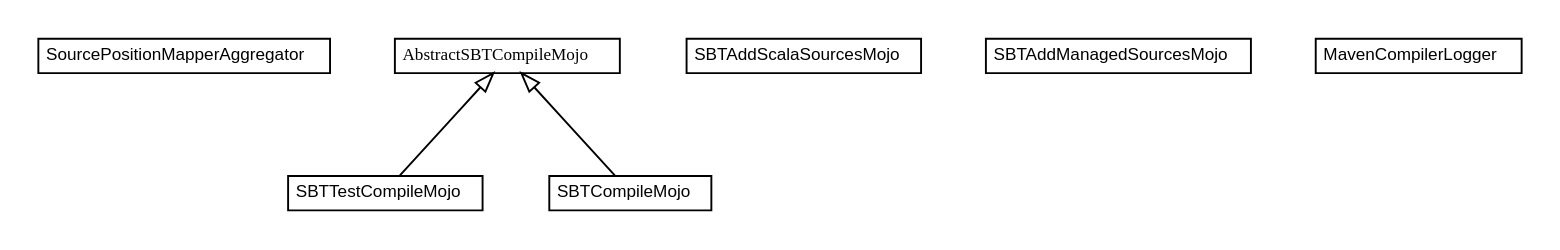
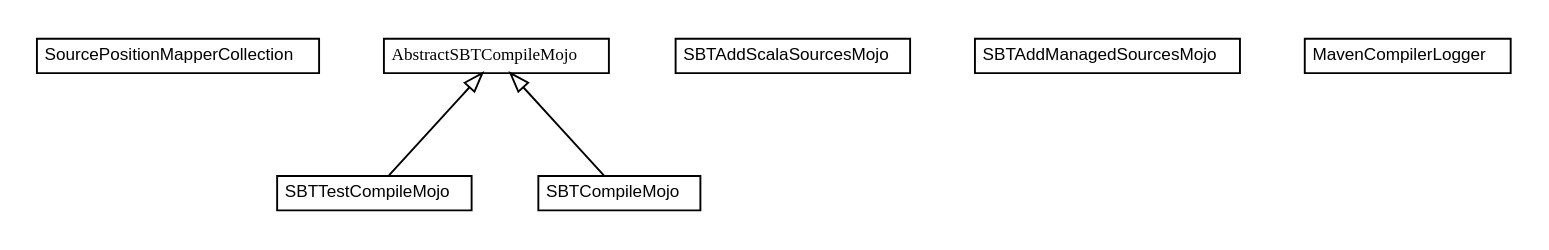
One commit to sbt-compiler-maven-plugin/sbt-compiler-maven-plugin.github.io changed the diagram in sbt-compiler-maven-plugin/1.0.0-beta9-SNAPSHOT/sbt-compiler-maven-plugin/apidocs/com/google/code/sbt/compiler/plugin/com.google.code.sbt.compiler.plugin.dot. Above: the diagram before and after it, drawn with Graphviz. The commit also changed 209 other files, not shown here.

```diff
--- a/sbt-compiler-maven-plugin/1.0.0-beta9-SNAPSHOT/sbt-compiler-maven-plugin/apidocs/com/google/code/sbt/compiler/plugin/com.google.code.sbt.compiler.plugin.dot
+++ b/sbt-compiler-maven-plugin/1.0.0-beta9-SNAPSHOT/sbt-compiler-maven-plugin/apidocs/com/google/code/sbt/compiler/plugin/com.google.code.sbt.compiler.plugin.dot
@@ -1,58 +1,58 @@
 #!/usr/local/bin/dot
 #
 # Class diagram 
 # Generated by UMLGraph version R5_6-24-gf6e263 (http://www.umlgraph.org/)
 #
 
 digraph G {
 	edge [fontname="arial",fontsize=10,labelfontname="arial",labelfontsize=10];
 	node [fontname="arial",fontsize=10,shape=plaintext];
 	nodesep=0.25;
 	ranksep=0.5;
-	// com.google.code.sbt.compiler.plugin.SourcePositionMapperAggregator
-	c0 [label=<<table title="com.google.code.sbt.compiler.plugin.SourcePositionMapperAggregator" border="0" cellborder="1" cellspacing="0" cellpadding="2" port="p" href="./SourcePositionMapperAggregator.html">
+	// com.google.code.sbt.compiler.plugin.SourcePositionMapperCollection
+	c0 [label=<<table title="com.google.code.sbt.compiler.plugin.SourcePositionMapperCollection" border="0" cellborder="1" cellspacing="0" cellpadding="2" port="p" href="./SourcePositionMapperCollection.html">
 		<tr><td><table border="0" cellspacing="0" cellpadding="1">
-<tr><td align="center" balign="center"> SourcePositionMapperAggregator </td></tr>
+<tr><td align="center" balign="center"> SourcePositionMapperCollection </td></tr>
 		</table></td></tr>
-		</table>>, URL="./SourcePositionMapperAggregator.html", fontname="arial", fontcolor="black", fontsize=9.0];
+		</table>>, URL="./SourcePositionMapperCollection.html", fontname="arial", fontcolor="black", fontsize=9.0];
 	// com.google.code.sbt.compiler.plugin.SBTTestCompileMojo
 	c1 [label=<<table title="com.google.code.sbt.compiler.plugin.SBTTestCompileMojo" border="0" cellborder="1" cellspacing="0" cellpadding="2" port="p" href="./SBTTestCompileMojo.html">
 		<tr><td><table border="0" cellspacing="0" cellpadding="1">
 <tr><td align="center" balign="center"> SBTTestCompileMojo </td></tr>
 		</table></td></tr>
 		</table>>, URL="./SBTTestCompileMojo.html", fontname="arial", fontcolor="black", fontsize=9.0];
 	// com.google.code.sbt.compiler.plugin.SBTCompileMojo
 	c2 [label=<<table title="com.google.code.sbt.compiler.plugin.SBTCompileMojo" border="0" cellborder="1" cellspacing="0" cellpadding="2" port="p" href="./SBTCompileMojo.html">
 		<tr><td><table border="0" cellspacing="0" cellpadding="1">
 <tr><td align="center" balign="center"> SBTCompileMojo </td></tr>
 		</table></td></tr>
 		</table>>, URL="./SBTCompileMojo.html", fontname="arial", fontcolor="black", fontsize=9.0];
 	// com.google.code.sbt.compiler.plugin.SBTAddScalaSourcesMojo
 	c3 [label=<<table title="com.google.code.sbt.compiler.plugin.SBTAddScalaSourcesMojo" border="0" cellborder="1" cellspacing="0" cellpadding="2" port="p" href="./SBTAddScalaSourcesMojo.html">
 		<tr><td><table border="0" cellspacing="0" cellpadding="1">
 <tr><td align="center" balign="center"> SBTAddScalaSourcesMojo </td></tr>
 		</table></td></tr>
 		</table>>, URL="./SBTAddScalaSourcesMojo.html", fontname="arial", fontcolor="black", fontsize=9.0];
 	// com.google.code.sbt.compiler.plugin.SBTAddManagedSourcesMojo
 	c4 [label=<<table title="com.google.code.sbt.compiler.plugin.SBTAddManagedSourcesMojo" border="0" cellborder="1" cellspacing="0" cellpadding="2" port="p" href="./SBTAddManagedSourcesMojo.html">
 		<tr><td><table border="0" cellspacing="0" cellpadding="1">
 <tr><td align="center" balign="center"> SBTAddManagedSourcesMojo </td></tr>
 		</table></td></tr>
 		</table>>, URL="./SBTAddManagedSourcesMojo.html", fontname="arial", fontcolor="black", fontsize=9.0];
 	// com.google.code.sbt.compiler.plugin.MavenCompilerLogger
 	c5 [label=<<table title="com.google.code.sbt.compiler.plugin.MavenCompilerLogger" border="0" cellborder="1" cellspacing="0" cellpadding="2" port="p" href="./MavenCompilerLogger.html">
 		<tr><td><table border="0" cellspacing="0" cellpadding="1">
 <tr><td align="center" balign="center"> MavenCompilerLogger </td></tr>
 		</table></td></tr>
 		</table>>, URL="./MavenCompilerLogger.html", fontname="arial", fontcolor="black", fontsize=9.0];
 	// com.google.code.sbt.compiler.plugin.AbstractSBTCompileMojo
 	c6 [label=<<table title="com.google.code.sbt.compiler.plugin.AbstractSBTCompileMojo" border="0" cellborder="1" cellspacing="0" cellpadding="2" port="p" href="./AbstractSBTCompileMojo.html">
 		<tr><td><table border="0" cellspacing="0" cellpadding="1">
 <tr><td align="center" balign="center"><font face="arial italic"> AbstractSBTCompileMojo </font></td></tr>
 		</table></td></tr>
 		</table>>, URL="./AbstractSBTCompileMojo.html", fontname="arial", fontcolor="black", fontsize=9.0];
 	//com.google.code.sbt.compiler.plugin.SBTTestCompileMojo extends com.google.code.sbt.compiler.plugin.AbstractSBTCompileMojo
 	c6:p -> c1:p [dir=back,arrowtail=empty];
 	//com.google.code.sbt.compiler.plugin.SBTCompileMojo extends com.google.code.sbt.compiler.plugin.AbstractSBTCompileMojo
 	c6:p -> c2:p [dir=back,arrowtail=empty];
 }
```
